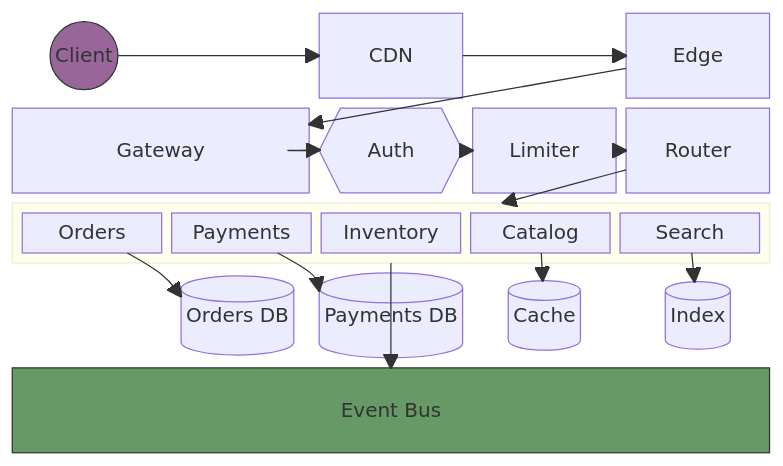
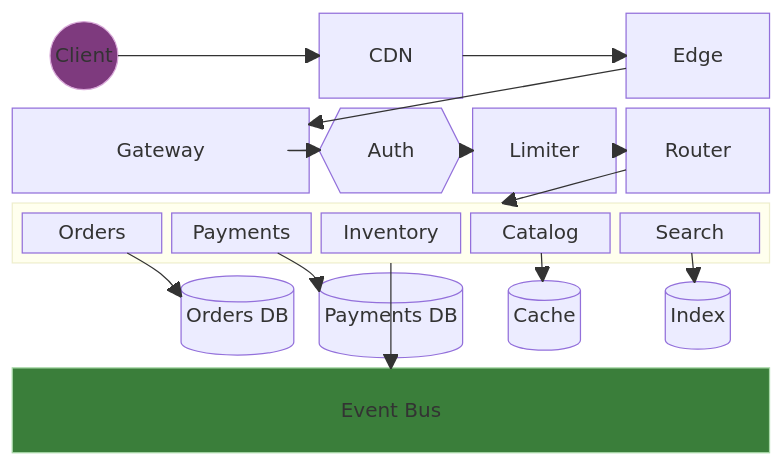
Diagram 26 of 37 in vyasa manual/mermaid-diagrams.md (sizhky/vyasa), drawn with Mermaid before and after one commit. The commit also changed other lines of this file, not shown here.

````diff
--- a/vyasa manual/mermaid-diagrams.md
+++ b/vyasa manual/mermaid-diagrams.md
@@ -1373,29 +1373,29 @@
 ```mermaid
 ---
 width: 85vw
 ---
 block
   columns 5
   Client(("Client")) space:1 CDN["CDN"] space:1 Edge["Edge"]
   Gateway["Gateway"]:2 Auth{{"Auth"}} Limiter["Limiter"] Router["Router"]
   block:svc:5
     columns 5
     Orders Payments Inventory Catalog Search
   end
   space DB1[("Orders DB")] DB2[("Payments DB")] Cache[("Cache")] Index[("Index")]
   Bus["Event Bus"]:5
   Client --> CDN
   CDN --> Edge
   Edge --> Gateway
   Gateway --> Auth
   Auth --> Limiter
   Limiter --> Router
   Router --> svc
   Orders --> DB1
   Payments --> DB2
   Catalog --> Cache
   Search --> Index
   svc --> Bus
-  style Client fill:#969,stroke:#333
-  style Bus fill:#696,stroke:#333
+  style Client fill:#7e3a7e,stroke:#d8a8d8,color:#fff
+  style Bus fill:#3a7e3a,stroke:#a8d8a8,color:#fff
 ```
````
